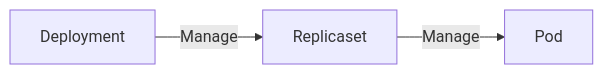
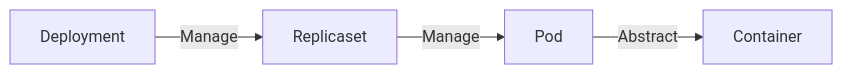
One commit to Formation-Nieleim/NotesMarkdown changed the first of 3 diagrams in kubernetes/kubernetes.md. Above: the diagram before and after it, drawn with Mermaid. The commit also changed other lines of this file and 2 other files, not shown here.

````diff
--- a/kubernetes/kubernetes.md
+++ b/kubernetes/kubernetes.md
@@ -124,4 +135,4 @@
 ```mermaid 
 flowchart LR
-Deployment --Manage--> Replicaset --Manage--> Pod
+Deployment --Manage--> Replicaset --Manage--> Pod --Abstract--> Container
 ```
````
